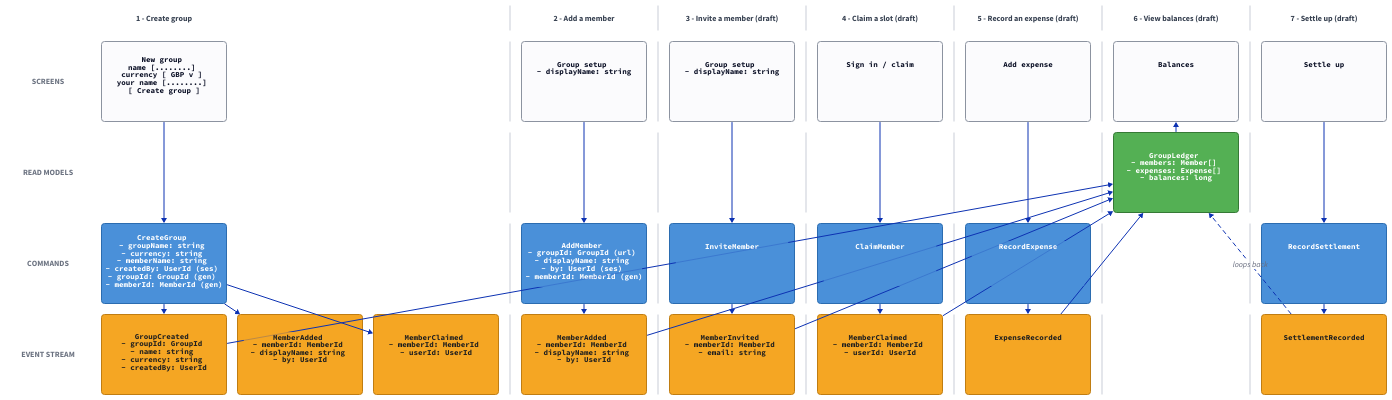
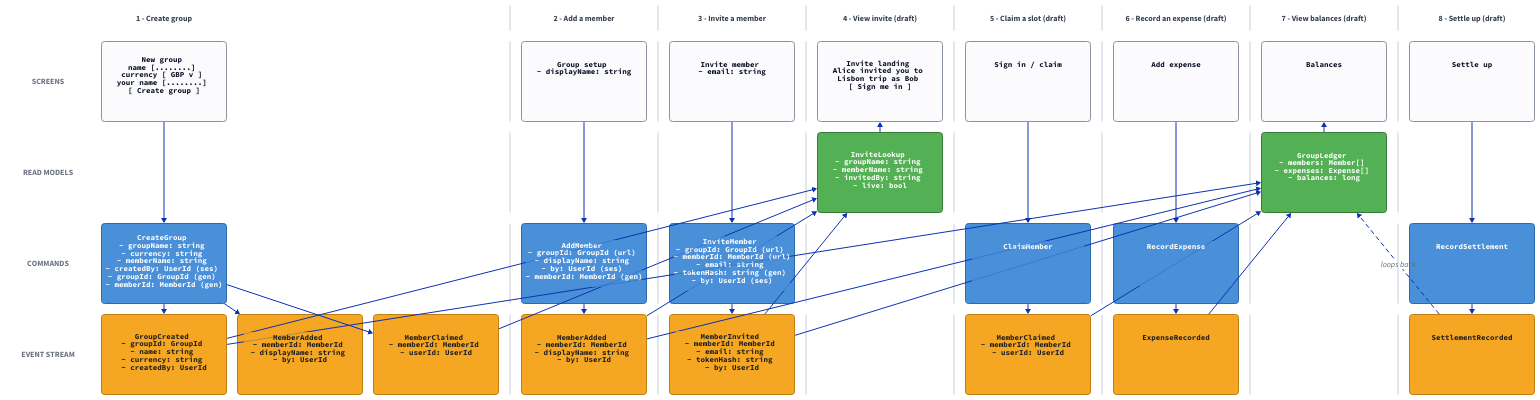
Before and after one commit to MartinFaartoft/share-expenses: the diagram in docs/event-model/happy-path.d2, drawn with D2. The commit also changed 25 other files, not shown here.

Commit message:
slice 3: Invite Member

```diff
--- a/docs/event-model/happy-path.d2
+++ b/docs/event-model/happy-path.d2
@@ -1,158 +1,173 @@
 # GENERATED from event-model.yaml by generate.py - do not edit.
 #
 # Rows: 1 slice names, 2 SCREENS, 3 READ MODELS, 4 COMMANDS, 5 EVENT STREAM.
 # Read models sit by the screens they feed and commands by the events they emit,
 # so the arrow for either pattern is only ever one row long.
 # Column 1 holds lane labels, slices are separated by a 2px divider column, and
 # every other column is one event slot: time runs left to right.
 
 grid-rows: 5
 horizontal-gap: 22
 vertical-gap: 22
 
 classes: {
   lanelabel: {
     width: 170; height: 160
     style: { fill: transparent; stroke-width: 0; font-color: "#6b7280"; bold: true }
   }
   slicename: {
     width: 250; height: 50
     style: { fill: transparent; stroke-width: 0; font-color: "#374151"; bold: true }
   }
   lgapN: { width: 170;    height: 50;  style: { opacity: 0 } }
   gapN:  { width: 250; height: 50;  style: { opacity: 0 } }
   divN:  { width: 2;      height: 50;  style: { fill: "#c9ced8"; stroke-width: 0 } }
   div:   { width: 2;      height: 160; style: { fill: "#c9ced8"; stroke-width: 0 } }
   gap:   { width: 250; height: 160; style: { opacity: 0 } }
   screen: {
     width: 250; height: 160
     style: { font: mono; font-size: 15; fill: "#fbfbfd"; stroke: "#8c93a0"; stroke-width: 2; border-radius: 6 }
   }
   command: {
     width: 250; height: 160
     style: { font: mono; font-size: 15; fill: "#4a90d9"; stroke: "#2b6cb0"; font-color: "#ffffff"; border-radius: 6 }
   }
   event: {
     width: 250; height: 160
     style: { font: mono; font-size: 15; fill: "#f5a623"; stroke: "#c07d12"; font-color: "#1f1f1f"; border-radius: 6 }
   }
   view: {
     width: 250; height: 160
     style: { font: mono; font-size: 15; fill: "#54b054"; stroke: "#357935"; font-color: "#ffffff"; border-radius: 6 }
   }
 }
 
 # ===== row 1: slice names =====
 q0: "" { class: lgapN }
 n0: "1 - Create group                        " { class: slicename }
 gpN0_1: "" { class: gapN }
 gpN0_2: "" { class: gapN }
 dvN1: "" { class: divN }
 n1: "2 - Add a member                        " { class: slicename }
 dvN2: "" { class: divN }
-n2: "3 - Invite a member (draft)             " { class: slicename }
+n2: "3 - Invite a member                     " { class: slicename }
 dvN3: "" { class: divN }
-n3: "4 - Claim a slot (draft)                " { class: slicename }
+n3: "4 - View invite (draft)                 " { class: slicename }
 dvN4: "" { class: divN }
-n4: "5 - Record an expense (draft)           " { class: slicename }
+n4: "5 - Claim a slot (draft)                " { class: slicename }
 dvN5: "" { class: divN }
-n5: "6 - View balances (draft)               " { class: slicename }
+n5: "6 - Record an expense (draft)           " { class: slicename }
 dvN6: "" { class: divN }
-n6: "7 - Settle up (draft)                   " { class: slicename }
+n6: "7 - View balances (draft)               " { class: slicename }
+dvN7: "" { class: divN }
+n7: "8 - Settle up (draft)                   " { class: slicename }
 
 # ===== row 2: screens =====
 l2: "SCREENS" { class: lanelabel }
 s0: "New group                 \n                          \nname       [........]     \ncurrency   [ GBP  v ]     \nyour name  [........]     \n                          \n  [ Create group ]        " { class: screen }
 gp2_0_1: "" { class: gap }
 gp2_0_2: "" { class: gap }
 dv2_1: "" { class: div }
 s1: "Group setup               \n                          \n- displayName: string     \n                          \n                          \n                          " { class: screen }
 dv2_2: "" { class: div }
-s2: "Group setup               \n                          \n- displayName: string     \n                          \n                          \n                          " { class: screen }
+s2: "Invite member             \n                          \n- email: string           \n                          \n                          \n                          " { class: screen }
 dv2_3: "" { class: div }
-s3: "Sign in / claim           \n                          \n                          \n                          \n                          \n                          " { class: screen }
+s3: "Invite landing            \n                          \nAlice invited you to      \nLisbon trip as Bob        \n                          \n  [ Sign me in ]          " { class: screen }
 dv2_4: "" { class: div }
-s4: "Add expense               \n                          \n                          \n                          \n                          \n                          " { class: screen }
+s4: "Sign in / claim           \n                          \n                          \n                          \n                          \n                          " { class: screen }
 dv2_5: "" { class: div }
-s5: "Balances                  \n                          \n                          \n                          \n                          \n                          " { class: screen }
+s5: "Add expense               \n                          \n                          \n                          \n                          \n                          " { class: screen }
 dv2_6: "" { class: div }
-s6: "Settle up                 \n                          \n                          \n                          \n                          \n                          " { class: screen }
+s6: "Balances                  \n                          \n                          \n                          \n                          \n                          " { class: screen }
+dv2_7: "" { class: div }
+s7: "Settle up                 \n                          \n                          \n                          \n                          \n                          " { class: screen }
 
 # ===== row 3: read models =====
 l3: "READ MODELS" { class: lanelabel }
 gp3_0: "" { class: gap }
 gp3_0_1: "" { class: gap }
 gp3_0_2: "" { class: gap }
 dv3_1: "" { class: div }
 gp3_1: "" { class: gap }
 dv3_2: "" { class: div }
 gp3_2: "" { class: gap }
 dv3_3: "" { class: div }
-gp3_3: "" { class: gap }
+rm3: "InviteLookup              \n                          \n- groupName: string       \n- memberName: string      \n- invitedBy: string       \n- live: bool              " { class: view }
 dv3_4: "" { class: div }
 gp3_4: "" { class: gap }
 dv3_5: "" { class: div }
-rm5: "GroupLedger               \n                          \n- members: Member[]       \n- expenses: Expense[]     \n- balances: long          \n                          " { class: view }
+gp3_5: "" { class: gap }
 dv3_6: "" { class: div }
-gp3_6: "" { class: gap }
+rm6: "GroupLedger               \n                          \n- members: Member[]       \n- expenses: Expense[]     \n- balances: long          \n                          " { class: view }
+dv3_7: "" { class: div }
+gp3_7: "" { class: gap }
 
 # ===== row 4: commands =====
 l4: "COMMANDS" { class: lanelabel }
 c0: "CreateGroup               \n                          \n- groupName: string       \n- currency: string        \n- memberName: string      \n- createdBy: UserId (ses) \n- groupId: GroupId (gen)  \n- memberId: MemberId (gen)" { class: command }
 gp4_0_1: "" { class: gap }
 gp4_0_2: "" { class: gap }
 dv4_1: "" { class: div }
 c1: "AddMember                 \n                          \n- groupId: GroupId (url)  \n- displayName: string     \n- by: UserId (ses)        \n- memberId: MemberId (gen)" { class: command }
 dv4_2: "" { class: div }
-c2: "InviteMember              \n                          \n                          \n                          \n                          \n                          " { class: command }
+c2: "InviteMember              \n                          \n- groupId: GroupId (url)  \n- memberId: MemberId (url)\n- email: string           \n- tokenHash: string (gen) \n- by: UserId (ses)        " { class: command }
 dv4_3: "" { class: div }
-c3: "ClaimMember               \n                          \n                          \n                          \n                          \n                          " { class: command }
+gp4_3: "" { class: gap }
 dv4_4: "" { class: div }
-c4: "RecordExpense             \n                          \n                          \n                          \n                          \n                          " { class: command }
+c4: "ClaimMember               \n                          \n                          \n                          \n                          \n                          " { class: command }
 dv4_5: "" { class: div }
-gp4_5: "" { class: gap }
+c5: "RecordExpense             \n                          \n                          \n                          \n                          \n                          " { class: command }
 dv4_6: "" { class: div }
-c6: "RecordSettlement          \n                          \n                          \n                          \n                          \n                          " { class: command }
+gp4_6: "" { class: gap }
+dv4_7: "" { class: div }
+c7: "RecordSettlement          \n                          \n                          \n                          \n                          \n                          " { class: command }
 
 # ===== row 5: event stream =====
 l5: "EVENT STREAM" { class: lanelabel }
 e0_0: "GroupCreated              \n                          \n- groupId: GroupId        \n- name: string            \n- currency: string        \n- createdBy: UserId       " { class: event }
 e0_1: "MemberAdded               \n                          \n- memberId: MemberId      \n- displayName: string     \n- by: UserId              \n                          " { class: event }
 e0_2: "MemberClaimed             \n                          \n- memberId: MemberId      \n- userId: UserId          \n                          \n                          " { class: event }
 dv5_1: "" { class: div }
 e1_0: "MemberAdded               \n                          \n- memberId: MemberId      \n- displayName: string     \n- by: UserId              \n                          " { class: event }
 dv5_2: "" { class: div }
-e2_0: "MemberInvited             \n                          \n- memberId: MemberId      \n- email: string           \n                          \n                          " { class: event }
+e2_0: "MemberInvited             \n                          \n- memberId: MemberId      \n- email: string           \n- tokenHash: string       \n- by: UserId              " { class: event }
 dv5_3: "" { class: div }
-e3_0: "MemberClaimed             \n                          \n- memberId: MemberId      \n- userId: UserId          \n                          \n                          " { class: event }
+gp5_3: "" { class: gap }
 dv5_4: "" { class: div }
-e4_0: "ExpenseRecorded           \n                          \n                          \n                          \n                          \n                          " { class: event }
+e4_0: "MemberClaimed             \n                          \n- memberId: MemberId      \n- userId: UserId          \n                          \n                          " { class: event }
 dv5_5: "" { class: div }
-gp5_5: "" { class: gap }
+e5_0: "ExpenseRecorded           \n                          \n                          \n                          \n                          \n                          " { class: event }
 dv5_6: "" { class: div }
-e6_0: "SettlementRecorded        \n                          \n                          \n                          \n                          \n                          " { class: event }
+gp5_6: "" { class: gap }
+dv5_7: "" { class: div }
+e7_0: "SettlementRecorded        \n                          \n                          \n                          \n                          \n                          " { class: event }
 
 # --- State Change slices: screen -> command -> event(s)
 s0 -> c0
 c0 -> e0_0
 c0 -> e0_1
 c0 -> e0_2
 s1 -> c1
 c1 -> e1_0
 s2 -> c2
 c2 -> e2_0
-s3 -> c3
-c3 -> e3_0
 s4 -> c4
 c4 -> e4_0
-s6 -> c6
-c6 -> e6_0
+s5 -> c5
+c5 -> e5_0
+s7 -> c7
+c7 -> e7_0
 
 # --- State Read slices: events -> read model -> screen
-e0_0 -> rm5
-e1_0 -> rm5
-e2_0 -> rm5
-e3_0 -> rm5
-e4_0 -> rm5
-e6_0 -> rm5: "loops back" { style.stroke-dash: 4 }
-rm5 -> s5
+e0_0 -> rm3
+e1_0 -> rm3
+e2_0 -> rm3
+e0_2 -> rm3
+rm3 -> s3
+e0_0 -> rm6
+e1_0 -> rm6
+e2_0 -> rm6
+e4_0 -> rm6
+e5_0 -> rm6
+e7_0 -> rm6: "loops back" { style.stroke-dash: 4 }
+rm6 -> s6
```
